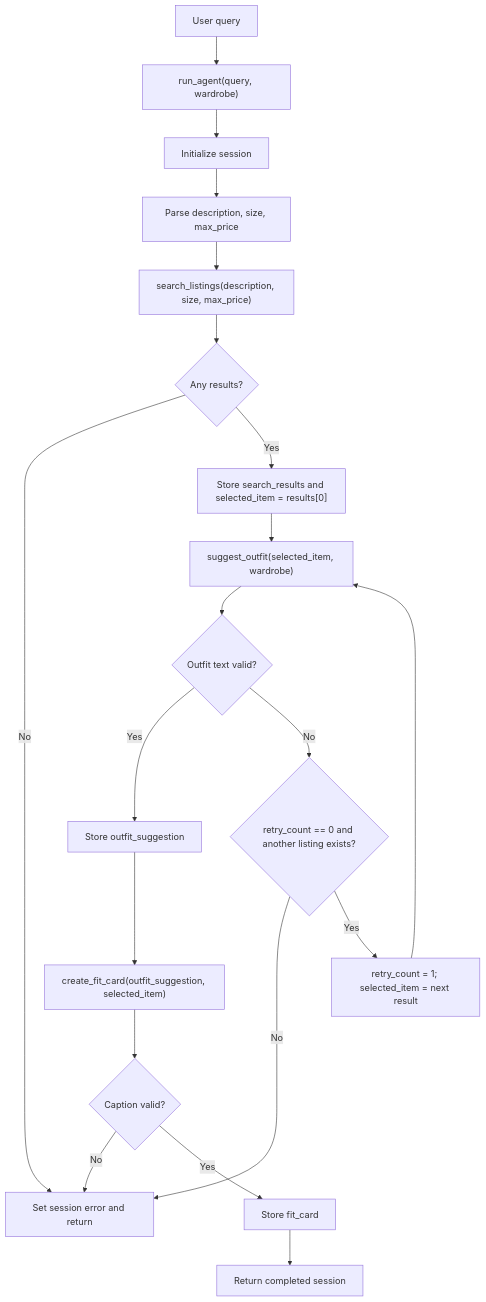
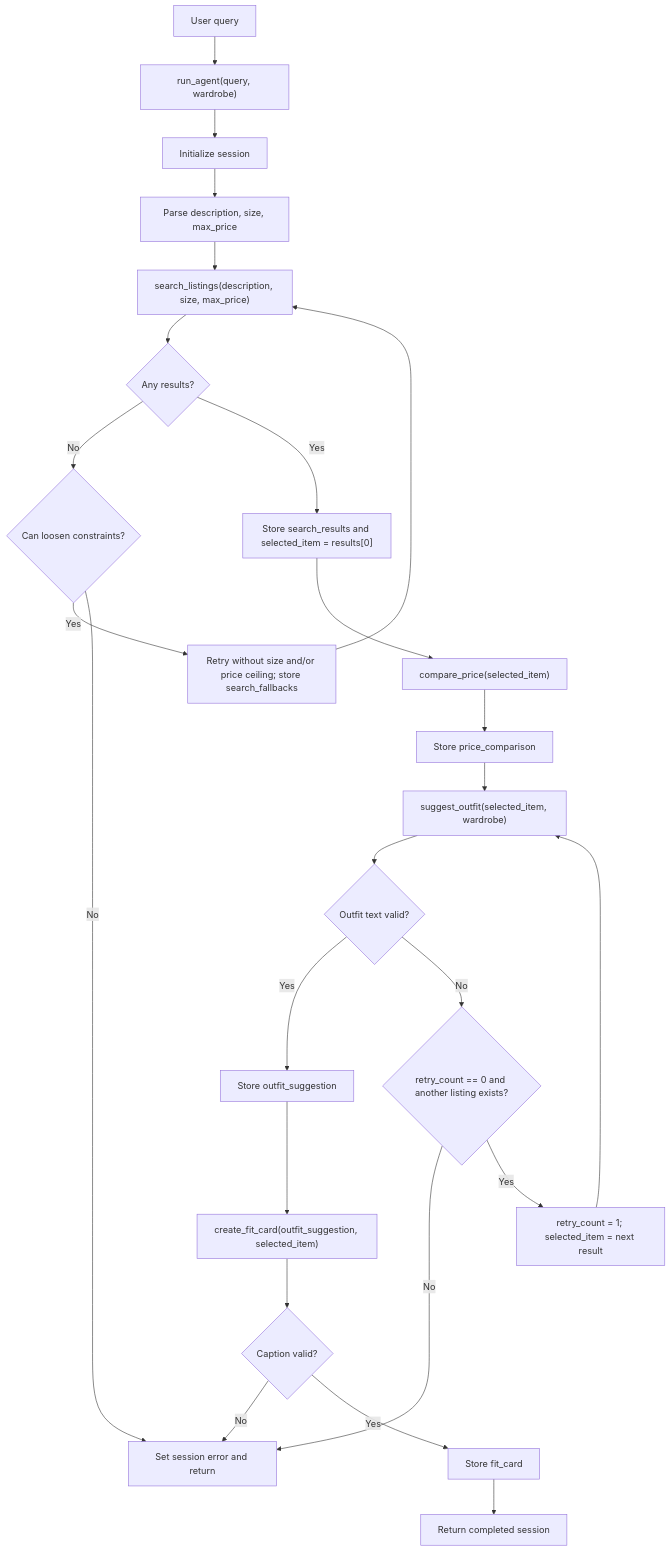
The diagram in planning.md (adhi7200/ai201-project2-fitfindr-starter), drawn with Mermaid before and after one commit. The commit also changed other lines of this file and 5 other files, not shown here.

Commit message:
Added price comparison tool and search fallback logic

````diff
--- a/planning.md
+++ b/planning.md
@@ -195,22 +229,27 @@
 ```mermaid
 flowchart TB
     A["User query"] --> B["run_agent(query, wardrobe)"]
     B --> C["Initialize session"]
     C --> D["Parse description, size, max_price"]
     D --> E["search_listings(description, size, max_price)"]
     E --> F{"Any results?"}
-    F -- "No" --> X["Set session error and return"]
+    F -- "No" --> F1{"Can loosen constraints?"}
+    F1 -- "Yes" --> F2["Retry without size and/or price ceiling; store search_fallbacks"]
+    F2 --> E
+    F1 -- "No" --> X["Set session error and return"]
     F -- "Yes" --> G["Store search_results and selected_item = results[0]"]
-    G --> H["suggest_outfit(selected_item, wardrobe)"]
+    G --> G1["compare_price(selected_item)"]
+    G1 --> G2["Store price_comparison"]
+    G2 --> H["suggest_outfit(selected_item, wardrobe)"]
     H --> I{"Outfit text valid?"}
     I -- "Yes" --> J["Store outfit_suggestion"]
     I -- "No" --> K{"retry_count == 0 and another listing exists?"}
     K -- "No" --> X
     K -- "Yes" --> L["retry_count = 1; selected_item = next result"]
     L --> H
     J --> M["create_fit_card(outfit_suggestion, selected_item)"]
     M --> N{"Caption valid?"}
     N -- "No" --> X
     N -- "Yes" --> O["Store fit_card"]
     O --> P["Return completed session"]
 ```
````
